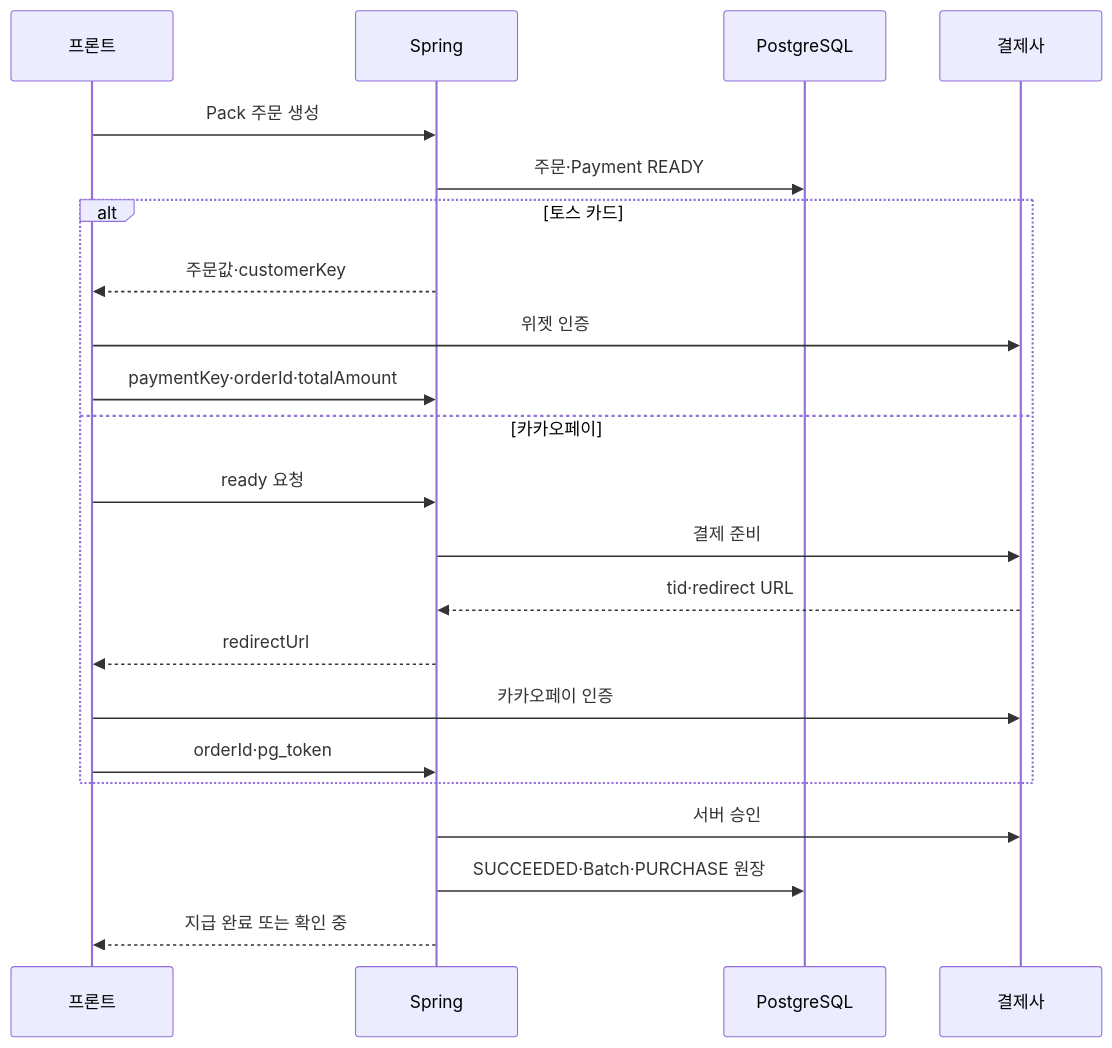
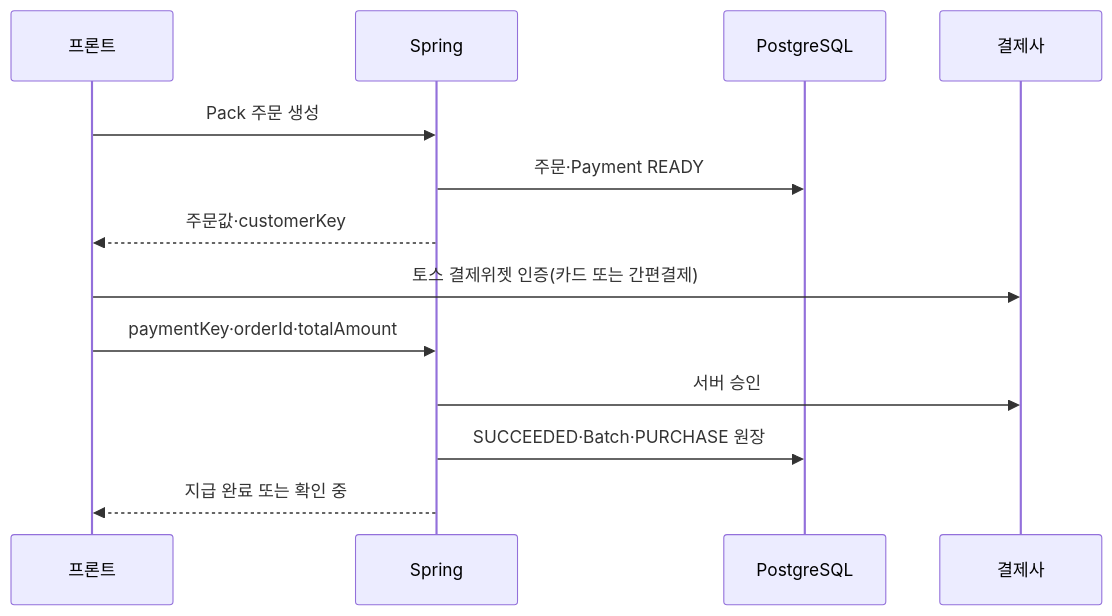
One commit to Virtual-Company-Mal-Geum/backend changed the first of 3 diagrams in docs/GEO_credit_payment_backend_spec.md. Above: the diagram before and after it, drawn with Mermaid. The commit also changed other lines of this file and 4 other files, not shown here.

````diff
--- a/docs/GEO_credit_payment_backend_spec.md
+++ b/docs/GEO_credit_payment_backend_spec.md
@@ -158,24 +172,15 @@
 ```mermaid
 sequenceDiagram
     participant F as 프론트
     participant B as Spring
     participant D as PostgreSQL
     participant P as 결제사
     F->>B: Pack 주문 생성
     B->>D: 주문·Payment READY
-    alt 토스 카드
-        B-->>F: 주문값·customerKey
-        F->>P: 위젯 인증
-        F->>B: paymentKey·orderId·totalAmount
-    else 카카오페이
-        F->>B: ready 요청
-        B->>P: 결제 준비
-        P-->>B: tid·redirect URL
-        B-->>F: redirectUrl
-        F->>P: 카카오페이 인증
-        F->>B: orderId·pg_token
-    end
+    B-->>F: 주문값·customerKey
+    F->>P: 토스 결제위젯 인증(카드 또는 간편결제)
+    F->>B: paymentKey·orderId·totalAmount
     B->>P: 서버 승인
     B->>D: SUCCEEDED·Batch·PURCHASE 원장
     B-->>F: 지급 완료 또는 확인 중
 ```
````
